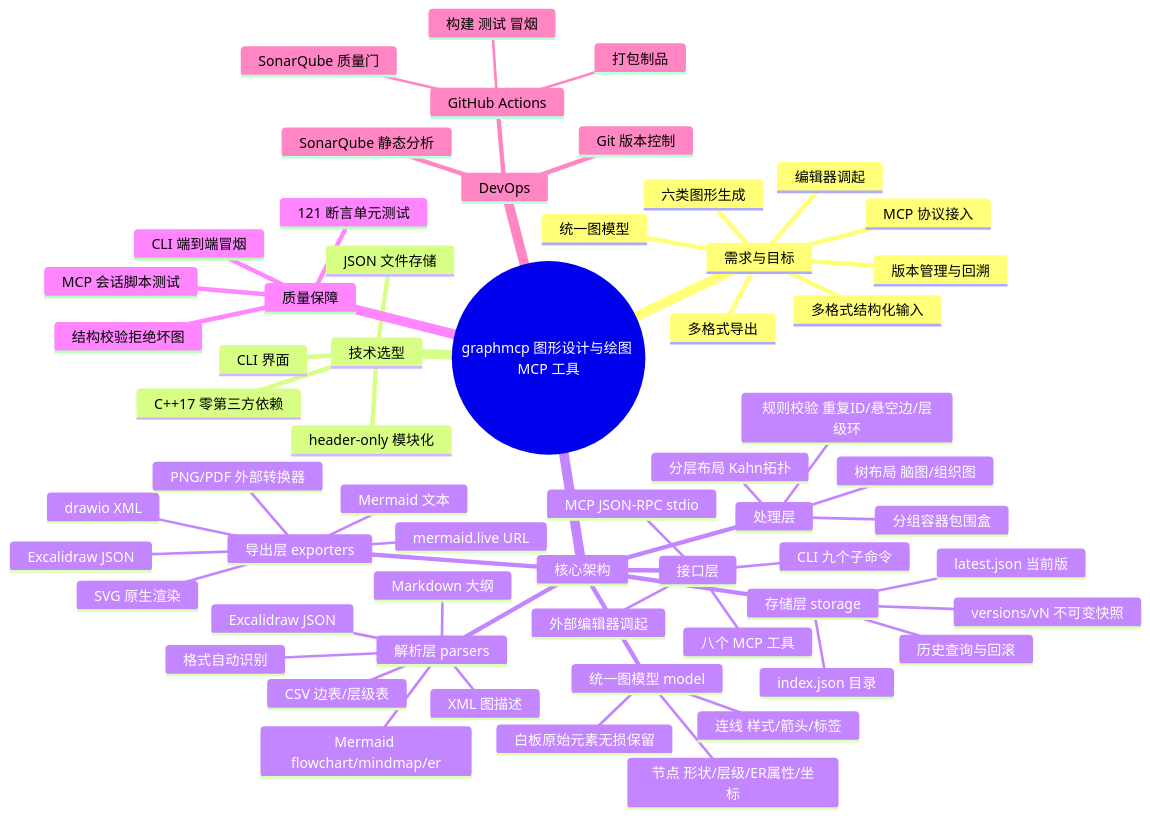
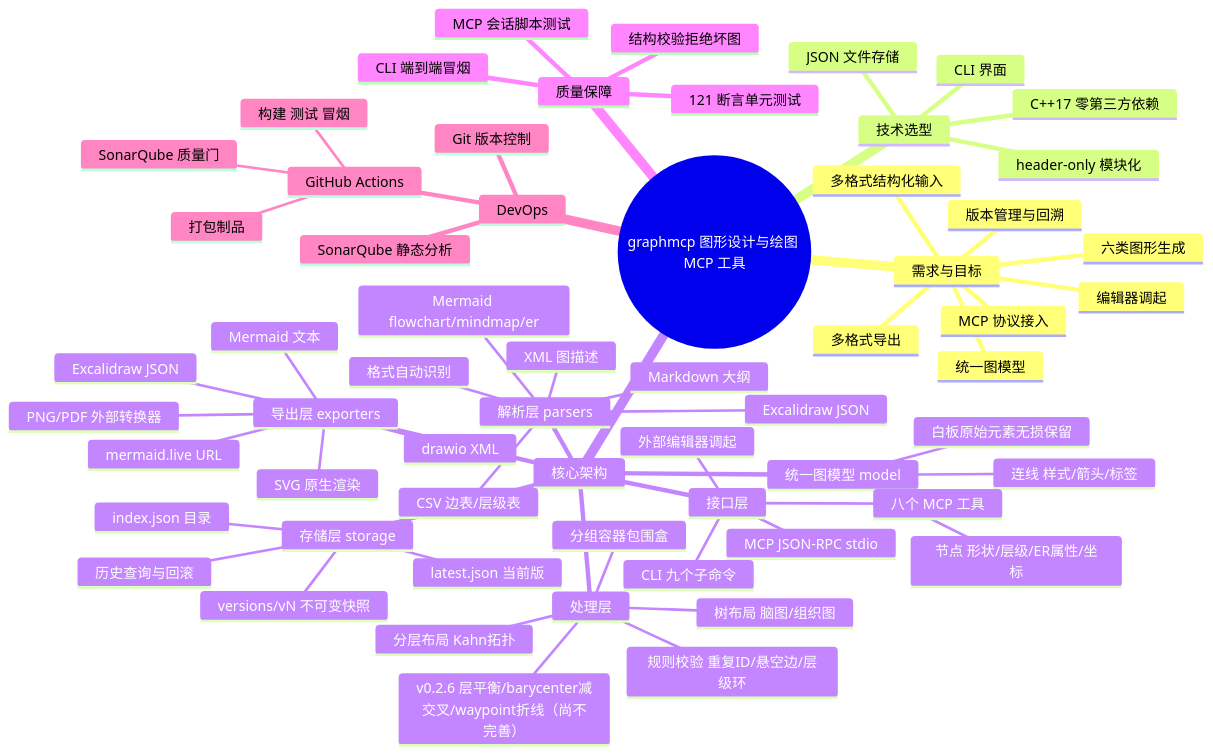
Before and after one commit to Wuqiongxiaolain/MCP: the diagram in docs/MINDMAP.md, drawn with Mermaid. The commit also changed other lines of this file and 8 other files, not shown here.

````diff
--- a/docs/MINDMAP.md
+++ b/docs/MINDMAP.md
@@ -11,63 +11,64 @@
 ```mermaid
 mindmap
   root((graphmcp 图形设计与绘图 MCP 工具))
     需求与目标
       多格式结构化输入
       六类图形生成
       统一图模型
       多格式导出
       编辑器调起
       版本管理与回溯
       MCP 协议接入
     技术选型
       C++17 零第三方依赖
       CLI 界面
       JSON 文件存储
       header-only 模块化
     核心架构
       解析层 parsers
         Mermaid flowchart/mindmap/er
         Markdown 大纲
         CSV 边表/层级表
         XML 图描述
         Excalidraw JSON
         格式自动识别
       统一图模型 model
         节点 形状/层级/ER属性/坐标
         连线 样式/箭头/标签
         白板原始元素无损保留
       处理层
         规则校验 重复ID/悬空边/层级环
         分层布局 Kahn拓扑
+        v0.2.6 层平衡/barycenter减交叉/waypoint折线（尚不完善）
         树布局 脑图/组织图
         分组容器包围盒
       导出层 exporters
         drawio XML
         Mermaid 文本
         Excalidraw JSON
         SVG 原生渲染
         PNG/PDF 外部转换器
         mermaid.live URL
       存储层 storage
         index.json 目录
         latest.json 当前版
         versions/vN 不可变快照
         历史查询与回滚
       接口层
         CLI 九个子命令
         MCP JSON-RPC stdio
         八个 MCP 工具
         外部编辑器调起
     质量保障
       121 断言单元测试
       CLI 端到端冒烟
       MCP 会话脚本测试
       结构校验拒绝坏图
     DevOps
       Git 版本控制
       GitHub Actions
         构建 测试 冒烟
         SonarQube 质量门
         打包制品
       SonarQube 静态分析
 ```
````
